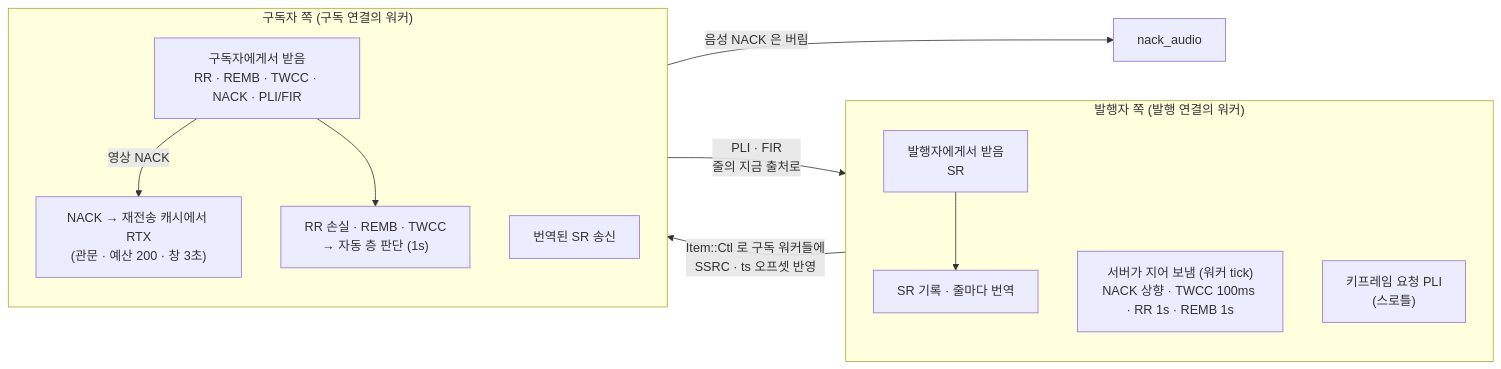
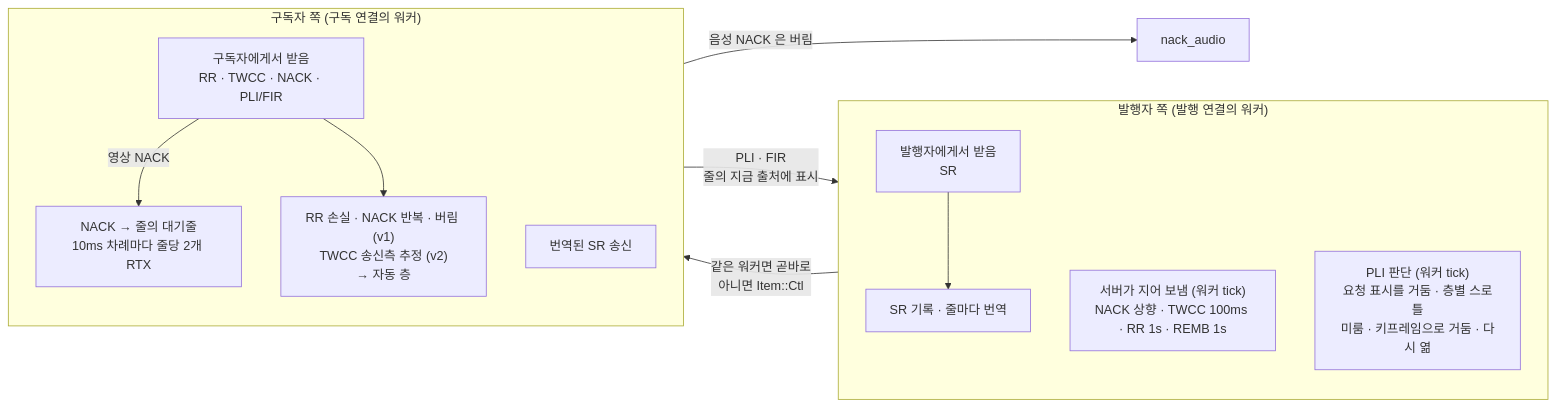
Before and after one commit to kodeholic9/oxlens-sfu: the seventh of 11 diagrams in docs/architecture.md, drawn with Mermaid. The commit also changed other lines of this file and 37 other files, not shown here.

````diff
--- a/docs/architecture.md
+++ b/docs/architecture.md
@@ -334,21 +391,21 @@
 ```mermaid
 flowchart LR
     subgraph PUB["발행자 쪽 (발행 연결의 워커)"]
         direction TB
         PIN["발행자에게서 받음<br/>SR"] --> SRX["SR 기록 · 줄마다 번역"]
         GEN["서버가 지어 보냄 (워커 tick)<br/>NACK 상향 · TWCC 100ms · RR 1s · REMB 1s"]
-        KEY["키프레임 요청 PLI<br/>(스로틀)"]
+        KEY["PLI 판단 (워커 tick)<br/>요청 표시를 거둠 · 층별 스로틀<br/>미룸 · 키프레임으로 거둠 · 다시 엶"]
     end
     subgraph SUB["구독자 쪽 (구독 연결의 워커)"]
         direction TB
-        SIN["구독자에게서 받음<br/>RR · REMB · TWCC · NACK · PLI/FIR"]
-        RTX["NACK → 재전송 캐시에서 RTX<br/>(관문 · 예산 200 · 창 3초)"]
-        AUTO["RR 손실 · REMB · TWCC<br/>→ 자동 층 판단 (1s)"]
+        SIN["구독자에게서 받음<br/>RR · TWCC · NACK · PLI/FIR"]
+        RTX["NACK → 줄의 대기줄<br/>10ms 차례마다 줄당 2개 RTX"]
+        AUTO["RR 손실 · NACK 반복 · 버림 (v1)<br/>TWCC 송신측 추정 (v2)<br/>→ 자동 층"]
         SROUT["번역된 SR 송신"]
     end
     SIN -->|"영상 NACK"| RTX
     SIN -->|"음성 NACK 은 버림"| X["nack_audio"]
     SIN --> AUTO
-    SIN -->|"PLI · FIR<br/>줄의 지금 출처로"| KEY
-    SRX -->|"Item::Ctl 로 구독 워커들에<br/>SSRC · ts 오프셋 반영"| SROUT
+    SIN -->|"PLI · FIR<br/>줄의 지금 출처에 표시"| KEY
+    SRX -->|"같은 워커면 곧바로<br/>아니면 Item::Ctl"| SROUT
 ```
````
